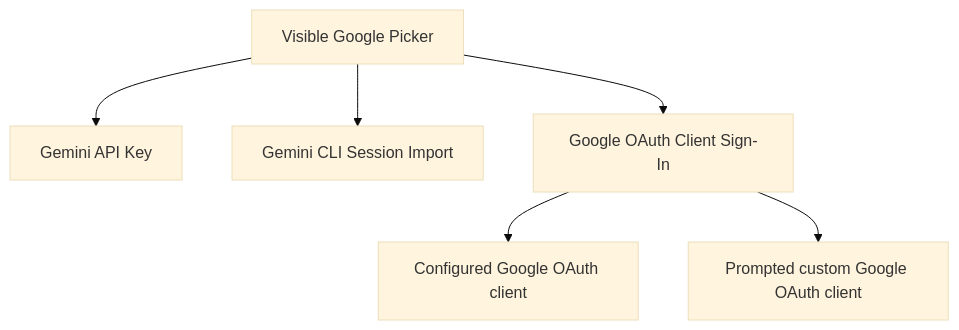
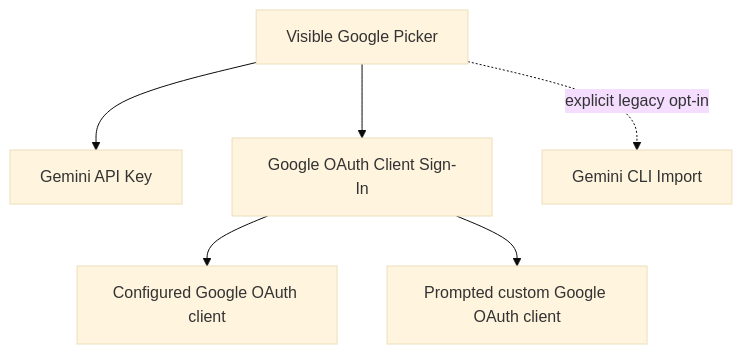
Before and after one commit to ShaileshRawat1403/dax: the diagram in docs/product/providers.md, drawn with Mermaid (base theme). The commit also changed other lines of this file and 6 other files, not shown here.

Commit message:
docs(worker): document Antigravity and legacy Gemini lanes

````diff
--- a/docs/product/providers.md
+++ b/docs/product/providers.md
@@ -67,8 +88,8 @@
 ```mermaid
 flowchart TD
     A[Visible Google Picker] --> B[Gemini API Key]
-    A --> C[Gemini CLI Session Import]
     A --> D[Google OAuth Client Sign-In]
+    A -. explicit legacy opt-in .-> C[Gemini CLI Import]
     D --> E[Configured Google OAuth client]
     D --> F[Prompted custom Google OAuth client]
 ```
````
